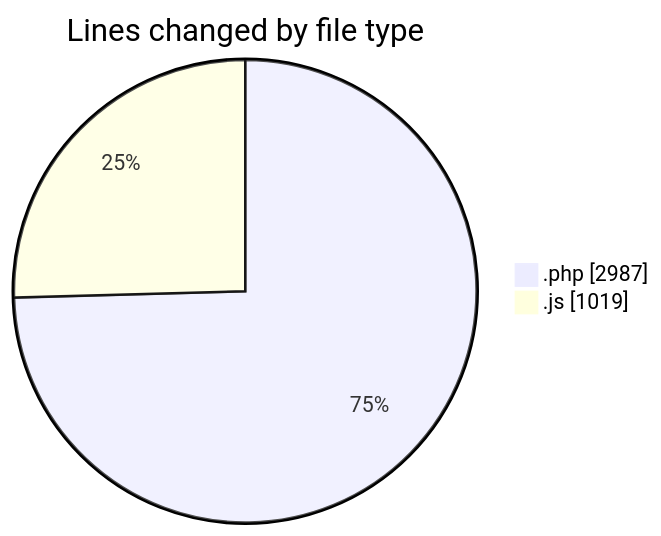
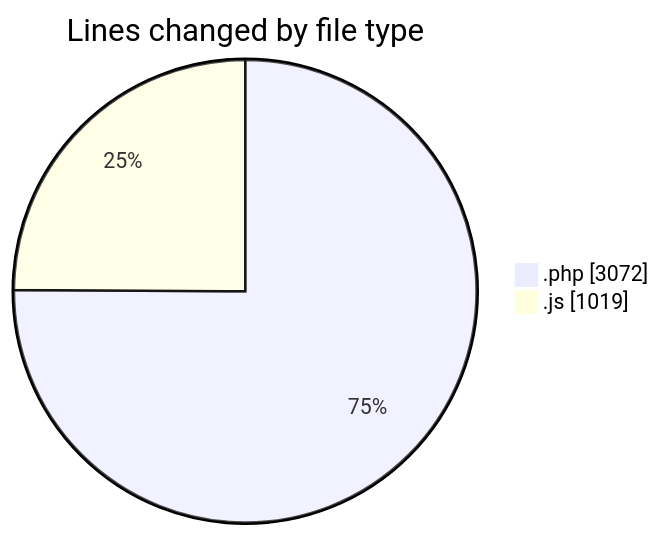
Before and after one commit to debugP/code-tracking: the first of 2 diagrams in 2026-07-24/untitled__workspace_/README.md, drawn with Mermaid. The commit also changed other lines of this file and 1 other file, not shown here.

````diff
--- a/2026-07-24/untitled__workspace_/README.md
+++ b/2026-07-24/untitled__workspace_/README.md
@@ -22,6 +22,6 @@
 ```mermaid
 pie showData
 title Lines changed by file type
-".php" : 2987
+".php" : 3072
 ".js" : 1019
 ```
````
